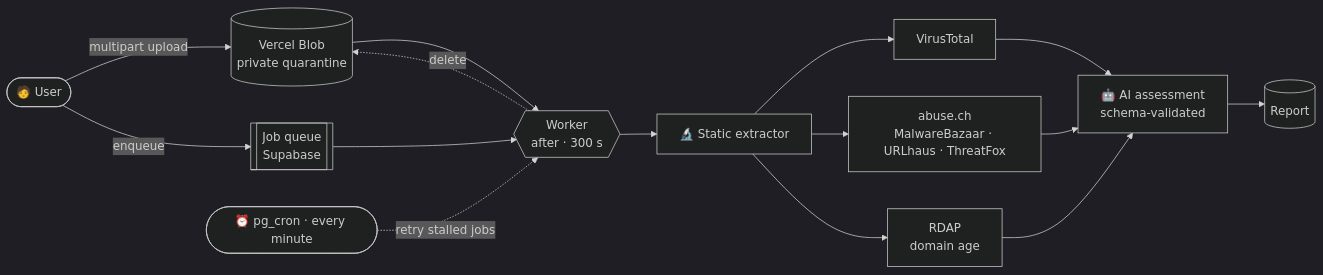
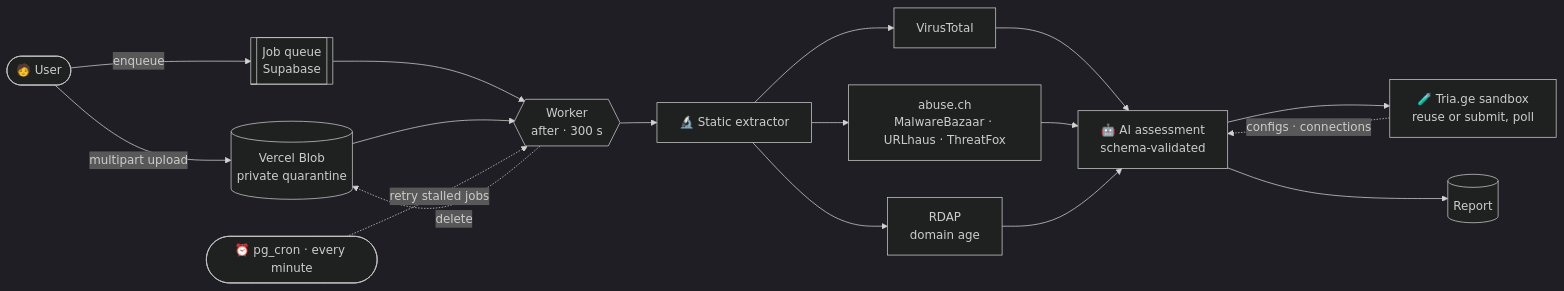
One commit to MrPrinceAli/Kheronyx changed the diagram in README.md. Above: the diagram before and after it, drawn with Mermaid (dark theme). The commit also changed other lines of this file, not shown here.

Commit message:
README: Tria.ge Researcher sandbox, VirusTotal behaviour, 116 tests

````diff
--- a/README.md
+++ b/README.md
@@ -118,15 +120,17 @@
 ```mermaid
 flowchart LR
     U([🧑 User]) -->|multipart upload| B[(Vercel Blob<br/>private quarantine)]
     U -->|enqueue| J[[Job queue<br/>Supabase]]
     J --> W{{Worker<br/>after · 300 s}}
     B --> W
     W --> X[🔬 Static extractor]
     X --> VT[VirusTotal]
     X --> AB[abuse.ch<br/>MalwareBazaar · URLhaus · ThreatFox]
     X --> RD[RDAP<br/>domain age]
     VT & AB & RD --> AI[🤖 AI assessment<br/>schema-validated]
+    AI --> TG[🧪 Tria.ge sandbox<br/>reuse or submit, poll]
+    TG -. configs · connections .-> AI
     AI --> R[(Report)]
     W -. delete .-> B
     C([⏰ pg_cron · every minute]) -. retry stalled jobs .-> W
 ```
````
